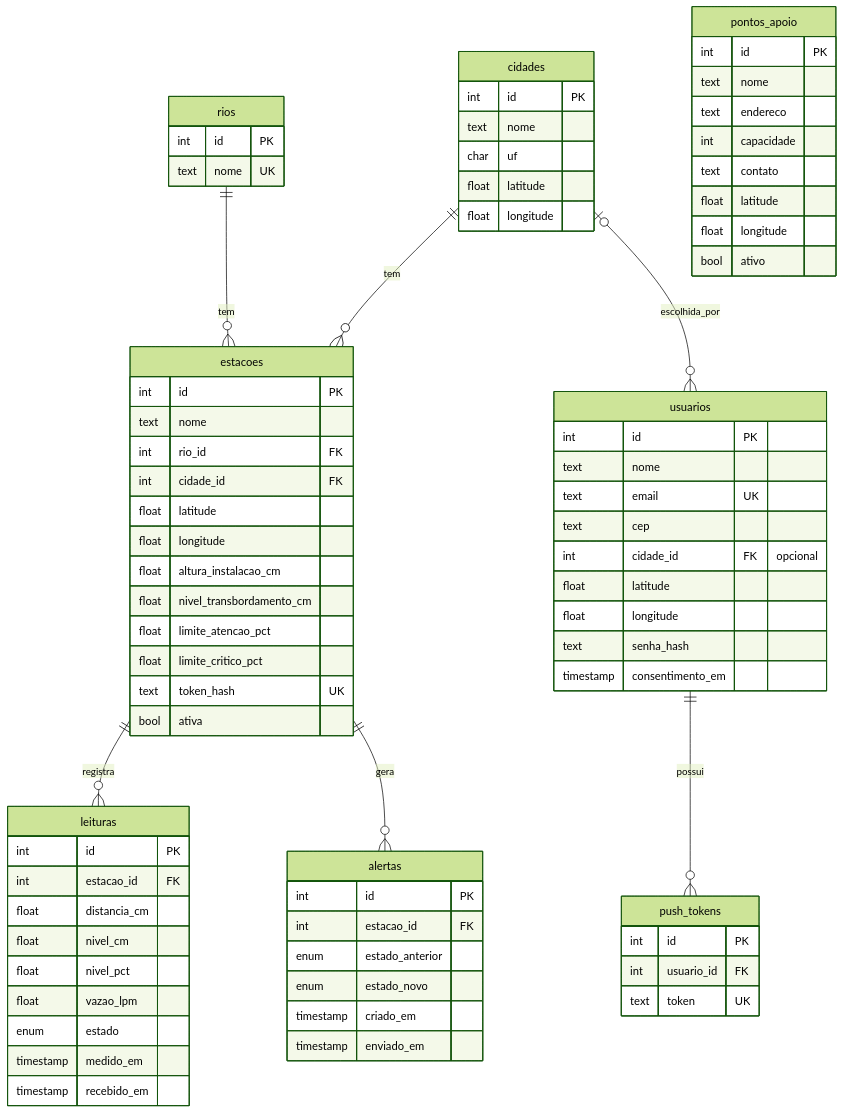
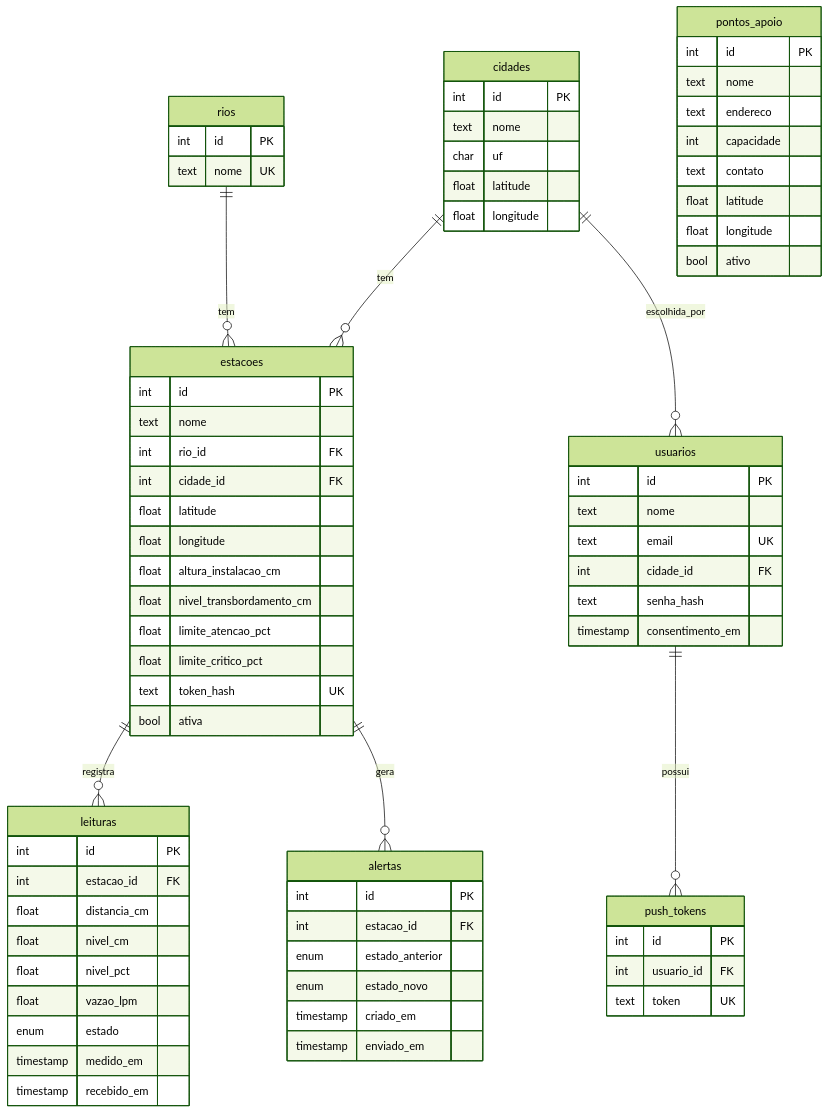
One commit to Mateus-Fonseca847/acquascan-app changed the diagram in docs/banco-de-dados.md. Above: the diagram before and after it, drawn with Mermaid (forest theme). The commit also changed other lines of this file and 21 other files, not shown here.

Commit message:
feat: cadastro com cidade em vez de CEP

````diff
--- a/docs/banco-de-dados.md
+++ b/docs/banco-de-dados.md
@@ -7,80 +7,77 @@
 ```mermaid
 erDiagram
     cidades ||--o{ estacoes : tem
-    cidades |o--o{ usuarios : escolhida_por
+    cidades ||--o{ usuarios : escolhida_por
     rios ||--o{ estacoes : tem
     estacoes ||--o{ leituras : registra
     estacoes ||--o{ alertas : gera
     usuarios ||--o{ push_tokens : possui
 
     cidades {
         int id PK
         text nome
         char uf
         float latitude
         float longitude
     }
     rios {
         int id PK
         text nome UK
     }
     estacoes {
         int id PK
         text nome
         int rio_id FK
         int cidade_id FK
         float latitude
         float longitude
         float altura_instalacao_cm
         float nivel_transbordamento_cm
         float limite_atencao_pct
         float limite_critico_pct
         text token_hash UK
         bool ativa
     }
     leituras {
         int id PK
         int estacao_id FK
         float distancia_cm
         float nivel_cm
         float nivel_pct
         float vazao_lpm
         enum estado
         timestamp medido_em
         timestamp recebido_em
     }
     alertas {
         int id PK
         int estacao_id FK
         enum estado_anterior
         enum estado_novo
         timestamp criado_em
         timestamp enviado_em
     }
     pontos_apoio {
         int id PK
         text nome
         text endereco
         int capacidade
         text contato
         float latitude
         float longitude
         bool ativo
     }
     usuarios {
         int id PK
         text nome
         text email UK
-        text cep
-        int cidade_id FK "opcional"
-        float latitude
-        float longitude
+        int cidade_id FK
         text senha_hash
         timestamp consentimento_em
     }
     push_tokens {
         int id PK
         int usuario_id FK
         text token UK
     }
 ```
````
